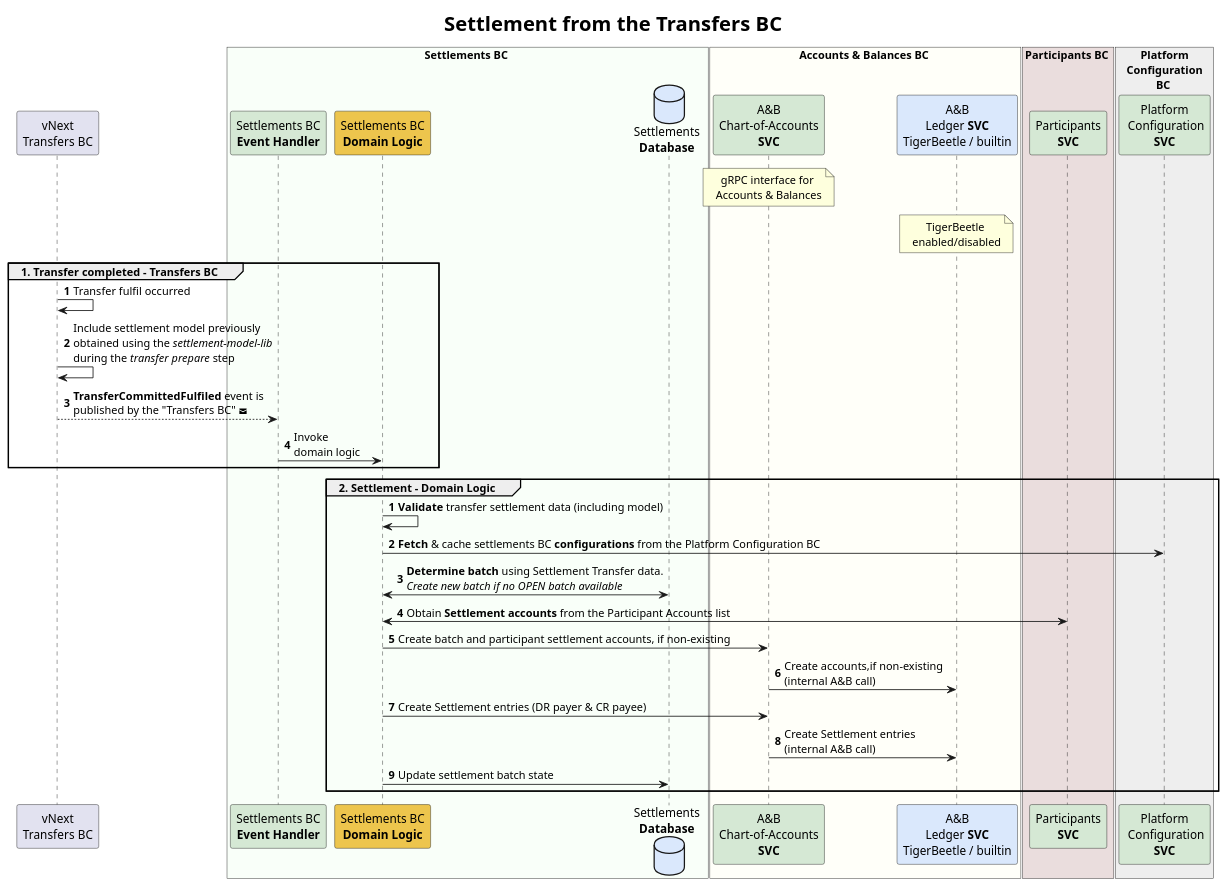
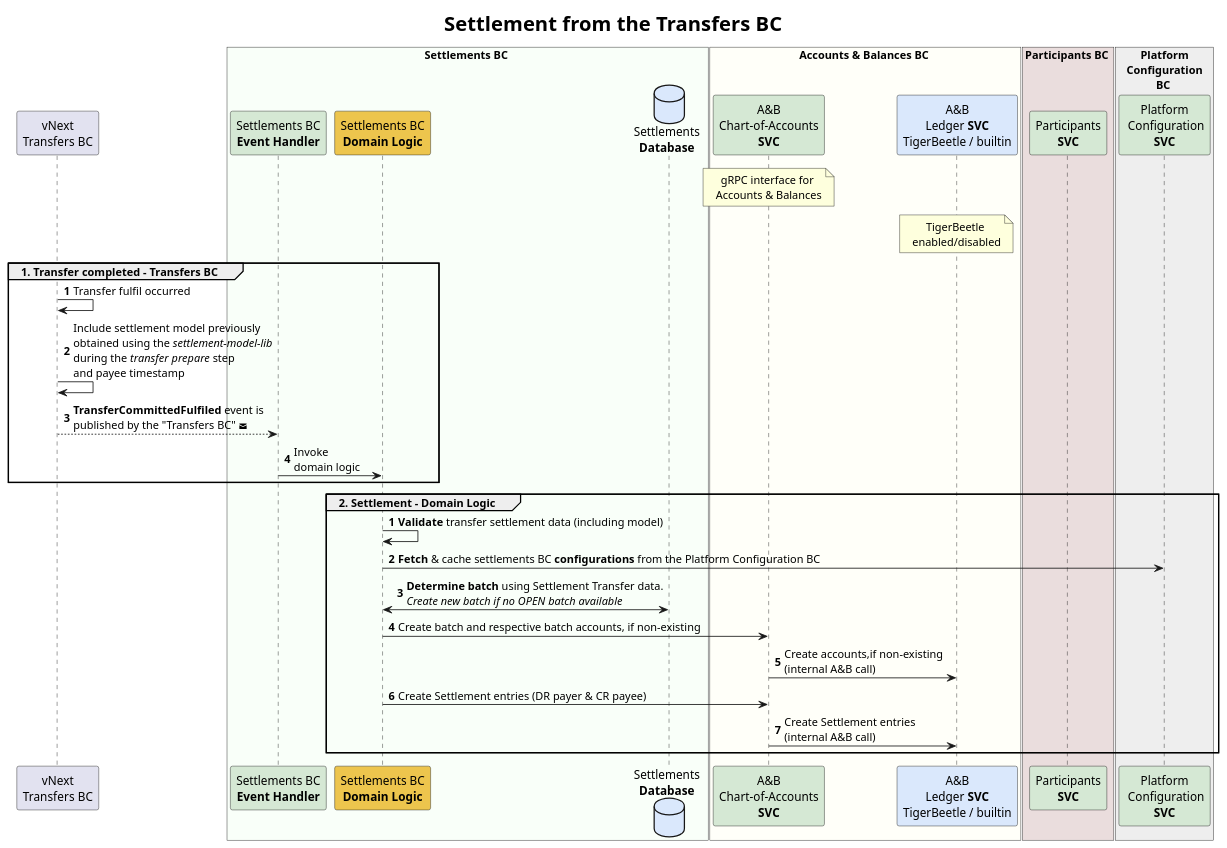
The diagram in docs/flows/01-settlement-transfer-bc.puml (mojaloop/settlements-bc), drawn with PlantUML before and after one commit. The commit also changed 1 other file, not shown here.

Commit message:
Made some more edits to the vNext specific plantuml flows

```diff
--- a/docs/flows/01-settlement-transfer-bc.puml
+++ b/docs/flows/01-settlement-transfer-bc.puml
@@ -1,66 +1,66 @@
 @startuml
 <style>
 title {
   FontSize 24
 }
 </style>
 
 skinparam defaultTextAlignment center
 skinparam sequenceMessageAlign left
 
 title Settlement from the Transfers BC
 
 participant "vNext\nTransfers BC" as ext_transfers_bc
 
 
 box Settlements BC #F9FFF9
 '	participant "Settlements BC\n**Rest API**" as sbc_rest #D5E8D4
 	participant "Settlements BC\n**Event Handler**" as sbc_event #D5E8D4
 	participant "Settlements BC\n**Domain Logic**" as sbc_app_logic #EDC54D
 	database "Settlements\n**Database**" as sbc_db #DAE8FC
 end box
 
 box Accounts & Balances BC #FFFFF9
     participant "A&B\nChart-of-Accounts\n**SVC**" as abbc_grpc #D5E8D4
     participant "A&B\nLedger **SVC**\nTigerBeetle / builtin" as abbc_tigerbeetle #DAE8FC
     note over abbc_grpc
         gRPC interface for 
         Accounts & Balances
     end note
     note over abbc_tigerbeetle
         TigerBeetle 
         enabled/disabled
     end note
 end box
 
 box Participants BC #eadddd
 	participant "Participants\n**SVC**" as participants_svc #D5E8D4
 end box
 
 box Platform\nConfiguration\nBC #eee
 	participant "Platform\n Configuration\n**SVC**" as platfconf_svc #D5E8D4
 end box
 
 
 group 1. Transfer completed - Transfers BC
 autonumber
     ext_transfers_bc -> ext_transfers_bc : Transfer fulfil occurred
-    ext_transfers_bc -> ext_transfers_bc : Include settlement model previously\nobtained using the //settlement-model-lib//\nduring the //transfer prepare// step
+    ext_transfers_bc -> ext_transfers_bc : Include settlement model previously\nobtained using the //settlement-model-lib//\nduring the //transfer prepare// step \nand payee timestamp
     ext_transfers_bc --> sbc_event : **TransferCommittedFulfiled** event is\npublished by the "Transfers BC" <&envelope-closed>
     sbc_event -> sbc_app_logic : Invoke\ndomain logic
 end
 
 group 2. Settlement - Domain Logic
 autonumber
     sbc_app_logic -> sbc_app_logic : **Validate** transfer settlement data (including model)
     sbc_app_logic -> platfconf_svc : **Fetch** & cache settlements BC **configurations** from the Platform Configuration BC
     sbc_app_logic <-> sbc_db : **Determine batch** using Settlement Transfer data.\n//Create new batch if no OPEN batch available//
-    sbc_app_logic <-> participants_svc : Obtain **Settlement accounts** from the Participant Accounts list
-    sbc_app_logic -> abbc_grpc : Create batch and participant settlement accounts, if non-existing
+'    sbc_app_logic <-> participants_svc : Obtain **Settlement accounts** from the Participant Accounts list (cacheable)
+    sbc_app_logic -> abbc_grpc : Create batch and respective batch accounts, if non-existing
     abbc_grpc -> abbc_tigerbeetle : Create accounts,if non-existing\n(internal A&B call)
     sbc_app_logic -> abbc_grpc: Create Settlement entries (DR payer & CR payee)
     abbc_grpc -> abbc_tigerbeetle: Create Settlement entries\n(internal A&B call)
-    sbc_app_logic -> sbc_db: Update settlement batch state
+
 end
 
 @enduml
```
